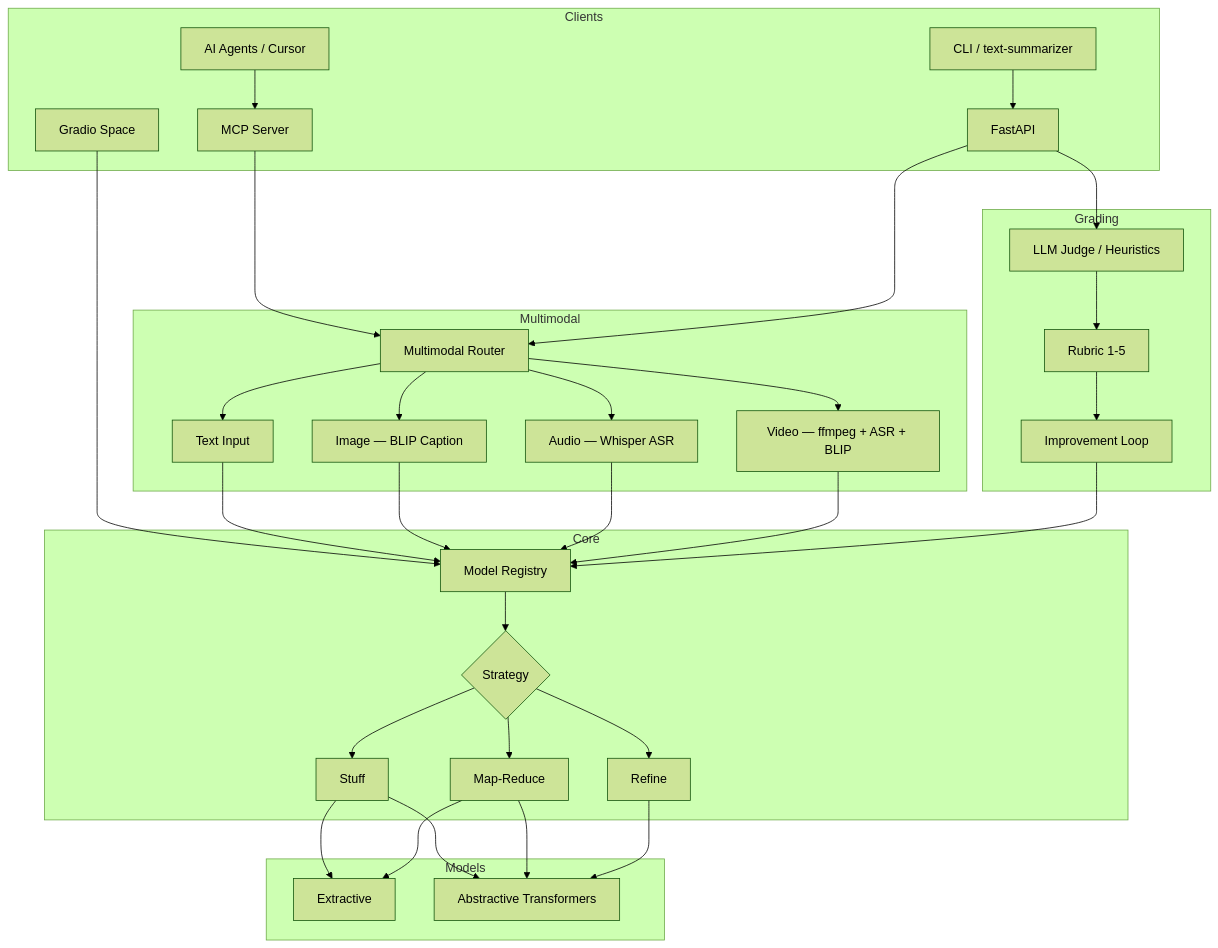
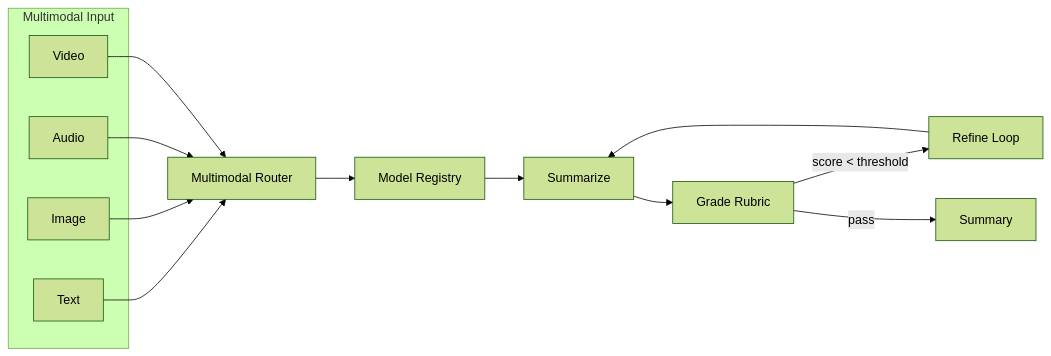
Before and after one commit to askmy-stack/nexus-forge: the diagram in README.md, drawn with Mermaid (forest theme). The commit also changed other lines of this file and 2 other files, not shown here.

````diff
--- a/README.md
+++ b/README.md
@@ -44,64 +32,23 @@
 ```mermaid
-flowchart TB
-    subgraph Clients
-        CLI[CLI / text-summarizer]
-        API[FastAPI]
-        MCP[MCP Server]
-        HF[Gradio Space]
-        AGENT[AI Agents / Cursor]
+flowchart LR
+    subgraph Input["Multimodal Input"]
+        TXT[Text]
+        IMG[Image]
+        AUD[Audio]
+        VID[Video]
     end
 
-    subgraph Multimodal
-        ROUTER[Multimodal Router]
-        IMG[Image — BLIP Caption]
-        AUD[Audio — Whisper ASR]
-        VID[Video — ffmpeg + ASR + BLIP]
-        TXT[Text Input]
-    end
+    ROUTER[Multimodal Router]
+    REG[Model Registry]
+    SUM[Summarize]
+    GRADE[Grade Rubric]
+    REFINE[Refine Loop]
 
-    subgraph Core
-        REG[Model Registry]
-        STRAT{Strategy}
-        STUFF[Stuff]
-        MR[Map-Reduce]
-        RF[Refine]
-    end
-
-    subgraph Grading
-        JUDGE[LLM Judge / Heuristics]
-        RUBRIC[Rubric 1-5]
-        LOOP[Improvement Loop]
-    end
-
-  subgraph Models
-        EXT[Extractive]
-        ABS[Abstractive Transformers]
-    end
-
-    CLI --> API
-    AGENT --> MCP
-    MCP --> ROUTER
-    HF --> REG
-    API --> ROUTER
-    API --> JUDGE
-    ROUTER --> TXT
-    ROUTER --> IMG
-    ROUTER --> AUD
-    ROUTER --> VID
-    TXT --> REG
-    IMG --> REG
-    AUD --> REG
-    VID --> REG
-    REG --> STRAT
-    STRAT --> STUFF
-    STRAT --> MR
-    STRAT --> RF
-    STUFF --> EXT
-    STUFF --> ABS
-    MR --> EXT
-    MR --> ABS
-    RF --> ABS
-    JUDGE --> RUBRIC
-    RUBRIC --> LOOP
-    LOOP --> REG
+    TXT --> ROUTER
+    IMG --> ROUTER
+    AUD --> ROUTER
+    VID --> ROUTER
+    ROUTER --> REG --> SUM --> GRADE
+    GRADE -->|score < threshold| REFINE --> SUM
+    GRADE -->|pass| OUT[Summary]
 ```
````
